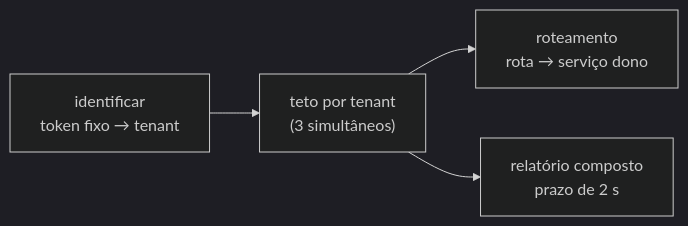
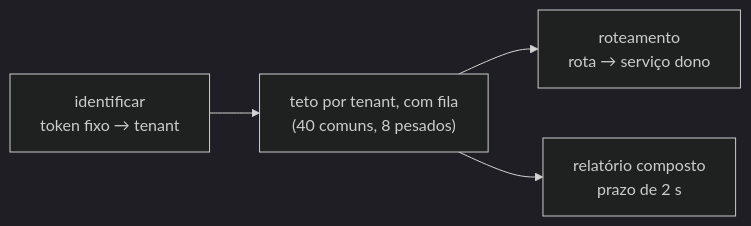
The third of 3 diagrams in docs/c4.md (setrem-ec/saas-campo-conta), drawn with Mermaid (dark theme) before and after one commit. The commit also changed other lines of this file and 10 other files, not shown here.

Commit message:
docs: ADR 012 (fila com teto, substitui o 008), evidência da medição e documentos

````diff
--- a/docs/c4.md
+++ b/docs/c4.md
@@ -73,6 +73,6 @@
 ```mermaid
 flowchart LR
-    id["identificar<br/>token fixo → tenant"] --> lim["teto por tenant<br/>(3 simultâneos)"]
+    id["identificar<br/>token fixo → tenant"] --> lim["teto por tenant, com fila<br/>(40 comuns, 8 pesados)"]
     lim --> rot["roteamento<br/>rota → serviço dono"]
     lim --> rel["relatório composto<br/>prazo de 2 s"]
 ```
````
